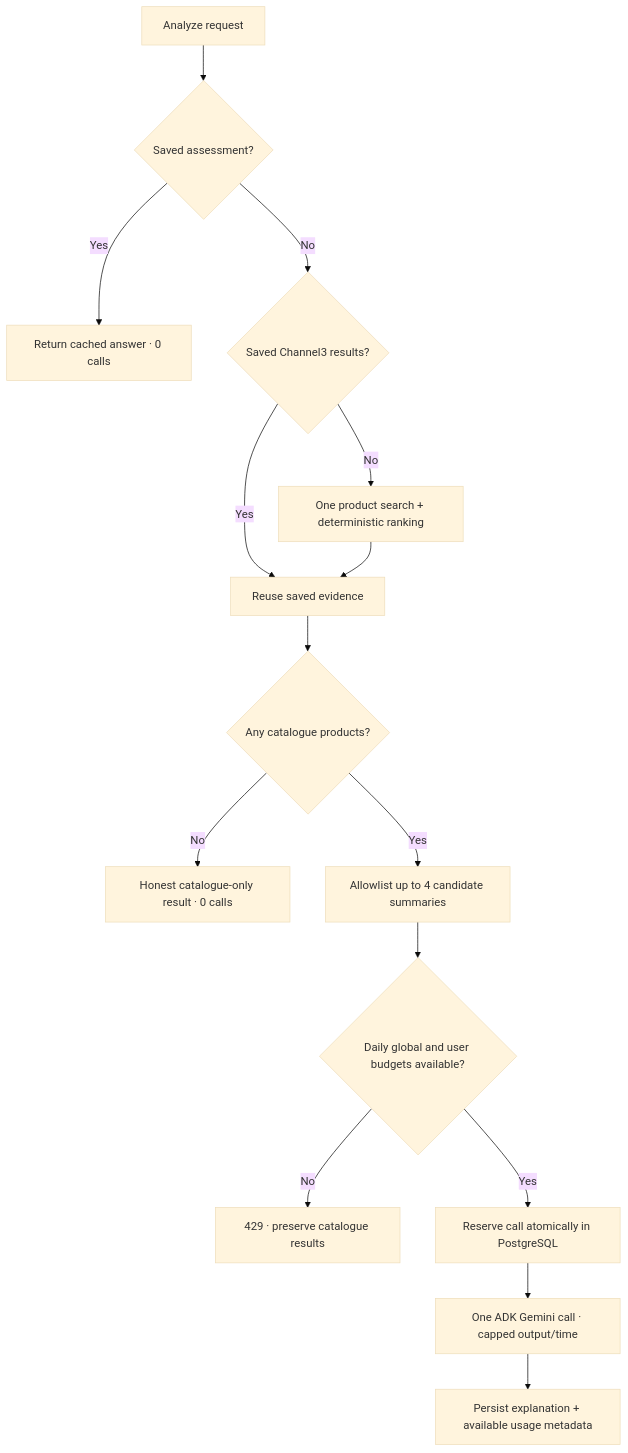
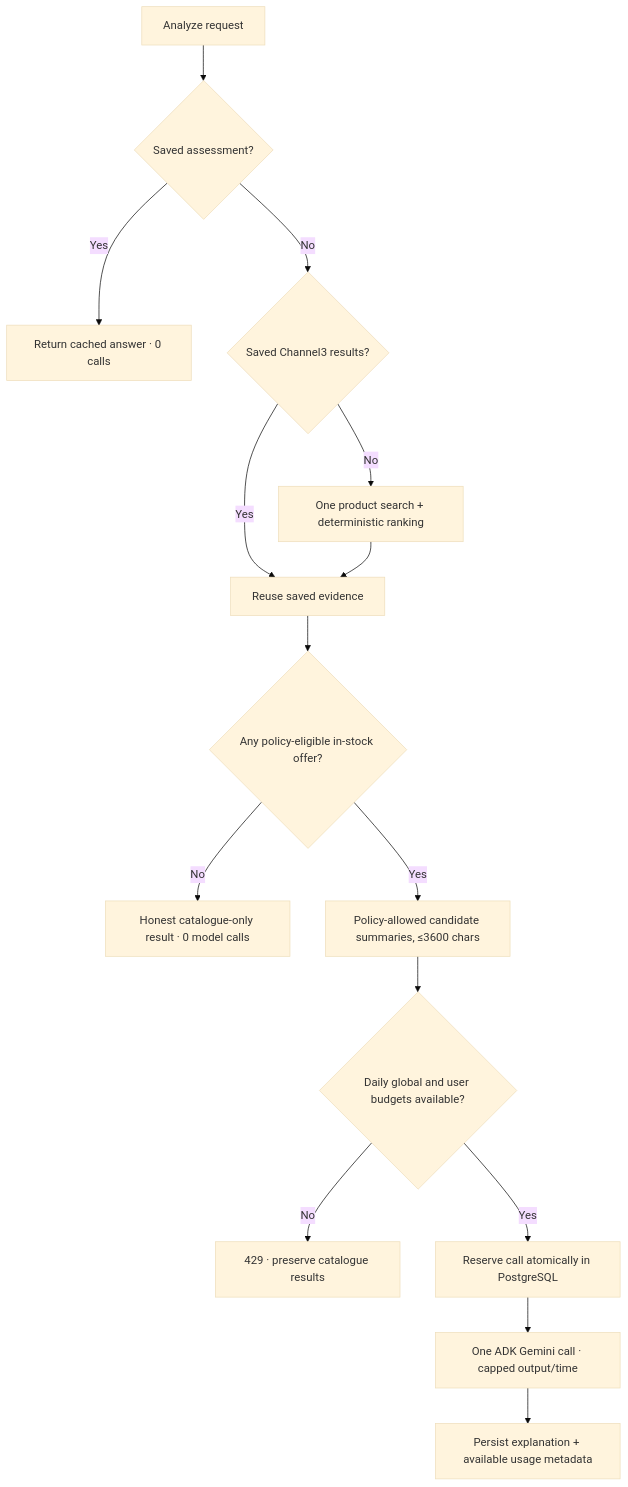
The fourth of 4 diagrams in README.md (PerezChris99/ProcurePilot-AI), drawn with Mermaid (base theme) before and after one commit. The commit also changed other lines of this file, not shown here.

First line of the commit message:
docs(readme): update accurate AI cost-flow, bounded prompt and zero-LLM blocked catalogue gates

```diff
--- a/README.md
+++ b/README.md
@@ -203,17 +203,17 @@
 ~~~mermaid
 flowchart TD
     A["Analyze request"] --> B{"Saved assessment?"}
     B -->|Yes| C["Return cached answer · 0 calls"]
     B -->|No| D{"Saved Channel3 results?"}
     D -->|No| E["One product search + deterministic ranking"]
     D -->|Yes| F["Reuse saved evidence"]
     E --> F
-    F --> G{"Any catalogue products?"}
-    G -->|No| H["Honest catalogue-only result · 0 calls"]
-    G -->|Yes| I["Allowlist up to 4 candidate summaries"]
+    F --> G{"Any policy-eligible in-stock offer?"}
+    G -->|No| H["Honest catalogue-only result · 0 model calls"]
+    G -->|Yes| I["Policy-allowed candidate summaries, ≤3600 chars"]
     I --> J{"Daily global and user budgets available?"}
     J -->|No| K["429 · preserve catalogue results"]
     J -->|Yes| L["Reserve call atomically in PostgreSQL"]
     L --> M["One ADK Gemini call · capped output/time"]
     M --> N["Persist explanation + available usage metadata"]
 ~~~
```
